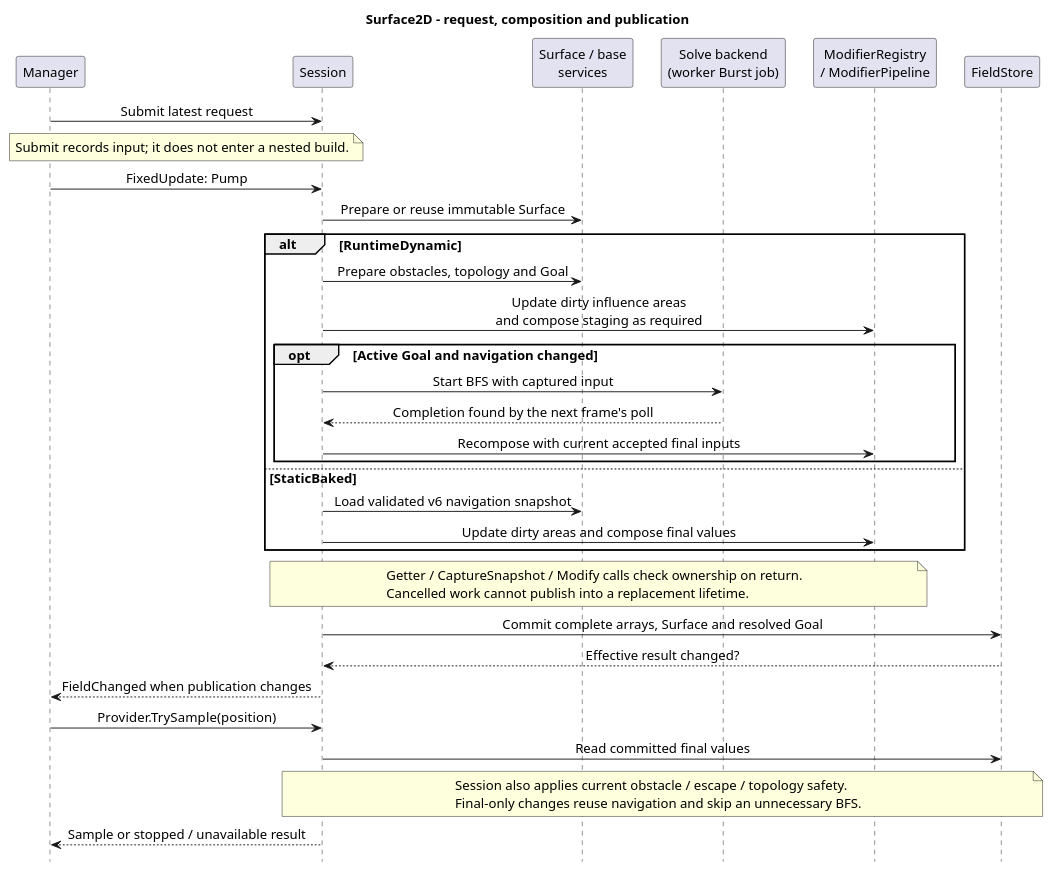
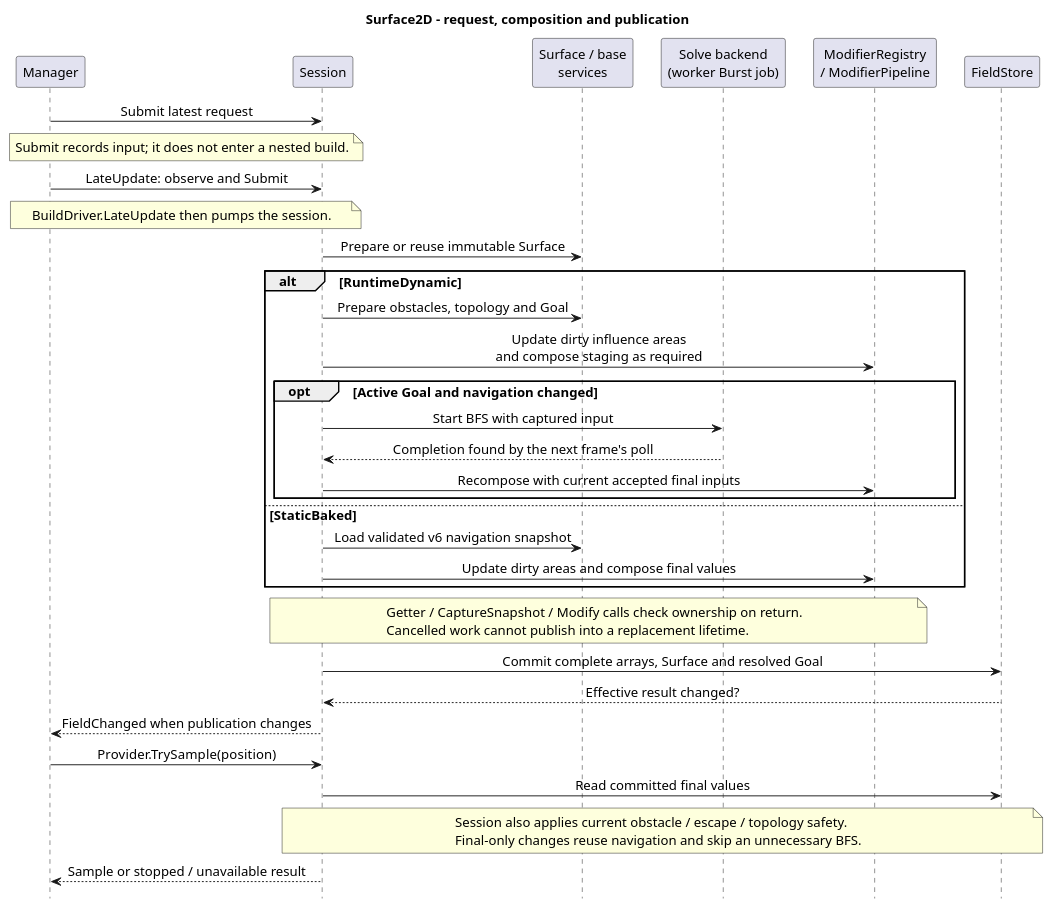
One commit to youwonsock/tool-unity-editor changed the diagram in ToyProject/Assets/_FlowField/Docs/flowfield-surface.puml. Above: the diagram before and after it, drawn with PlantUML. The commit also changed 23 other files, not shown here.

First line of the commit message:
FlowField: Surface를 공유 스케줄러로 옮기고 끝난 풀이를 게시

```diff
--- a/ToyProject/Assets/_FlowField/Docs/flowfield-surface.puml
+++ b/ToyProject/Assets/_FlowField/Docs/flowfield-surface.puml
@@ -1,42 +1,43 @@
 @startuml flowfield-surface
 skinparam shadowing false
 skinparam defaultFontName SansSerif
 skinparam defaultFontSize 14
 skinparam sequenceMessageAlign center
 skinparam ParticipantPadding 10
 skinparam BoxPadding 6
 hide footbox
 title Surface2D - request, composition and publication
 
 participant "Manager" as M
 participant "Session" as S
 participant "Surface / base\nservices" as B
 participant "Solve backend\n(worker Burst job)" as G
 participant "ModifierRegistry\n/ ModifierPipeline" as F
 participant "FieldStore" as P
 
 M -> S : Submit latest request
 note over M,S : Submit records input; it does not enter a nested build.
-M -> S : FixedUpdate: Pump
+M -> S : LateUpdate: observe and Submit
+note over M,S : BuildDriver.LateUpdate then pumps the session.
 S -> B : Prepare or reuse immutable Surface
 alt RuntimeDynamic
   S -> B : Prepare obstacles, topology and Goal
   S -> F : Update dirty influence areas\nand compose staging as required
   opt Active Goal and navigation changed
     S -> G : Start BFS with captured input
     G --> S : Completion found by the next frame's poll
     S -> F : Recompose with current accepted final inputs
   end
 else StaticBaked
   S -> B : Load validated v6 navigation snapshot
   S -> F : Update dirty areas and compose final values
 end
 note over S,F : Getter / CaptureSnapshot / Modify calls check ownership on return.\nCancelled work cannot publish into a replacement lifetime.
 S -> P : Commit complete arrays, Surface and resolved Goal
 P --> S : Effective result changed?
 S --> M : FieldChanged when publication changes
 M -> S : Provider.TrySample(position)
 S -> P : Read committed final values
 note over S,P : Session also applies current obstacle / escape / topology safety.\nFinal-only changes reuse navigation and skip an unnecessary BFS.
 S --> M : Sample or stopped / unavailable result
 @enduml
```
